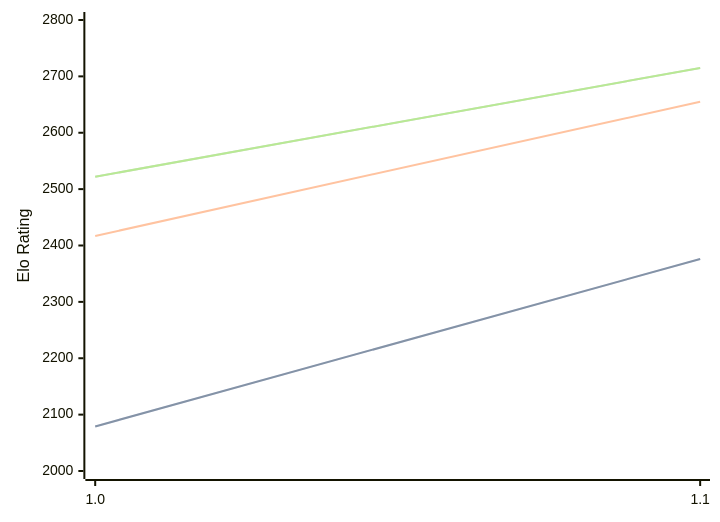
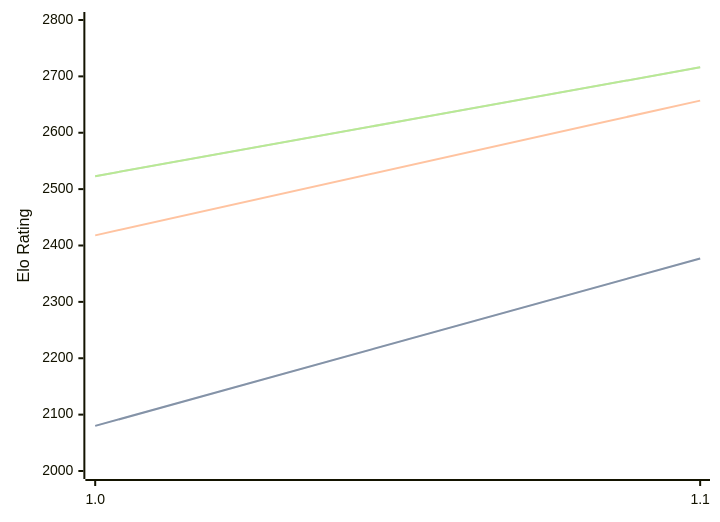
One commit to computer-chess-index/cci changed the diagram in engines/Erinn.md. Above: the diagram before and after it, drawn with Mermaid. The commit also changed other lines of this file, not shown here.

Commit message:
Update CCI Ratings (ELO VLTC) - 2026-08-09

````diff
--- a/engines/Erinn.md
+++ b/engines/Erinn.md
@@ -32,11 +32,11 @@
 ```mermaid
 %%{init: {"theme":"base","themeVariables":{"seriesColors:['#a3a3a3','#222221','#faa371']}}}%%
 xychart-beta
   x-axis ["1.0", "1.1"]
   y-axis "Elo Rating" 2000 --> 2800
-  line "STC (8.0+0.08s)" [2079, 2376]
-  line "STC (8.0+0.08s)" [2079, 2376]
-  line "LTC (60.0+0.60s)" [2417, 2655]
-  line "VLTC (2m24s+1.12s)" [2522, 2715]
-  line "VLTC (2m24s+1.12s)" [2522, 2715]
+  line "STC (8.0+0.08s)" [2080, 2377]
+  line "STC (8.0+0.08s)" [2080, 2377]
+  line "LTC (60.0+0.60s)" [2418, 2657]
+  line "VLTC (2m24s+1.12s)" [2523, 2716]
+  line "VLTC (2m24s+1.12s)" [2523, 2716]
 ```
````
